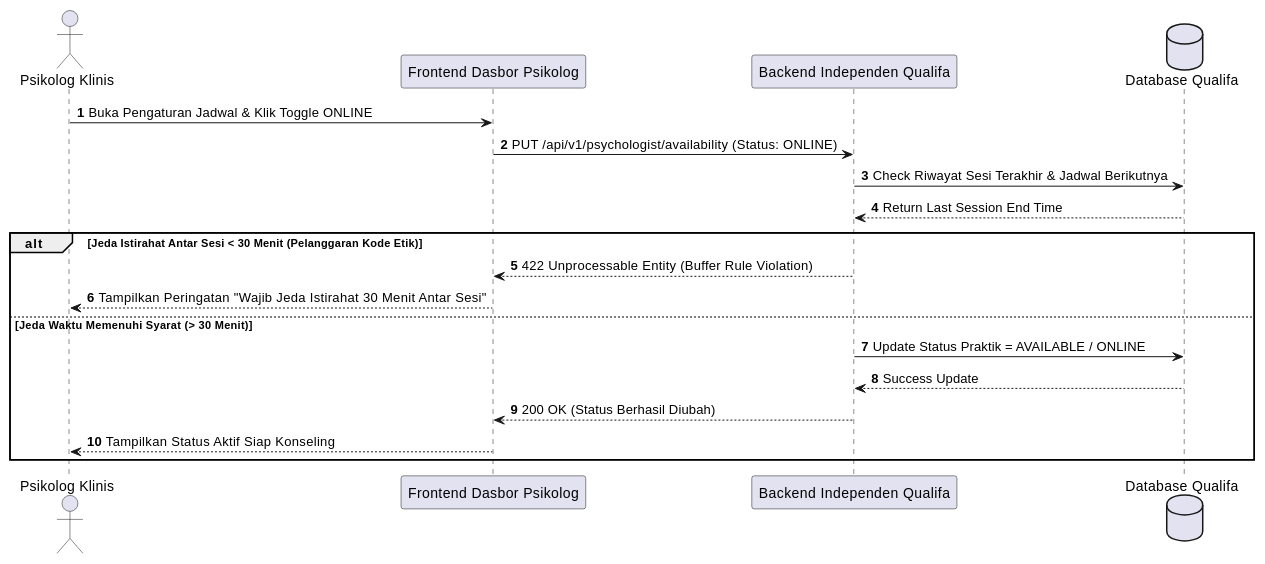
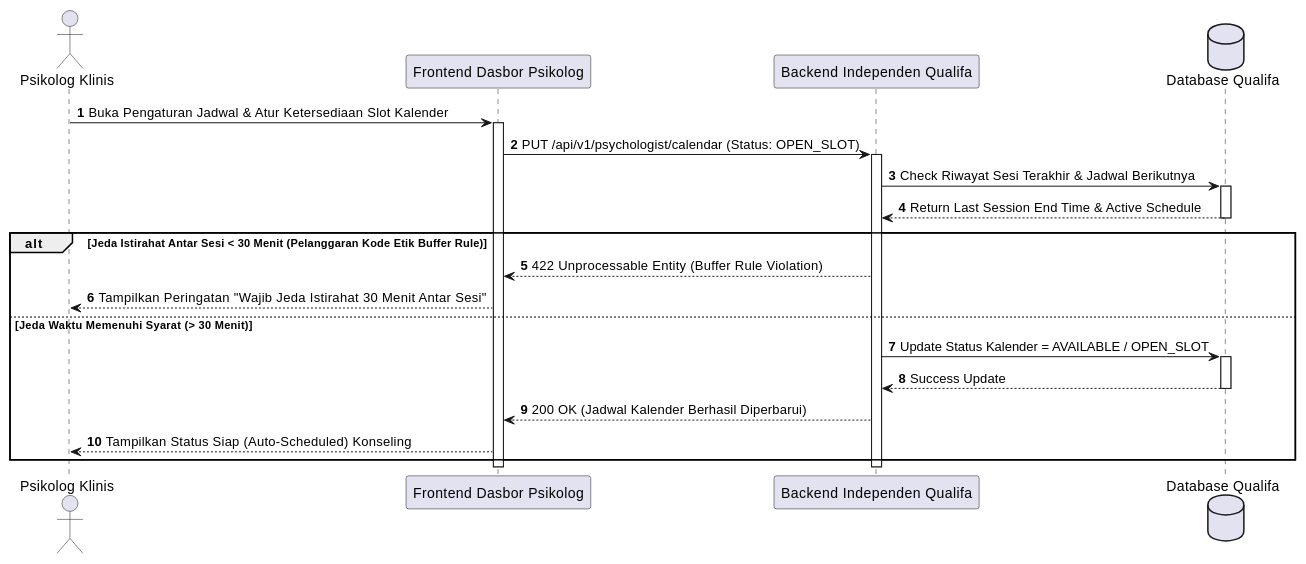
One commit to tupperwureism/SuperApp-Gagal changed diagram 19 of 27 in MarkDown/plantuml_sequence_diagrams.md. Above: the diagram before and after it, drawn with PlantUML. The commit also changed other lines of this file and 1 other file, not shown here.

Commit message:
docs(uml): enforce strict UML activation bars, API/DB return arrows, and alt security boundaries for SD Justifiqa & Qualifa

````diff
--- a/MarkDown/plantuml_sequence_diagrams.md
+++ b/MarkDown/plantuml_sequence_diagrams.md
@@ -515,25 +968,27 @@
 ```plantuml
 @startuml
 autonumber
 actor "Psikolog Klinis" as Mitra
 participant "Frontend Dasbor Psikolog" as FE
 participant "Backend Independen Qualifa" as BE
 database "Database Qualifa" as DB
 
-Mitra -> FE : Buka Pengaturan Jadwal & Klik Toggle ONLINE
-FE -> BE : PUT /api/v1/psychologist/availability (Status: ONLINE)
+Mitra -> FE ++ : Buka Pengaturan Jadwal & Atur Ketersediaan Slot Kalender
+FE -> BE ++ : PUT /api/v1/psychologist/calendar (Status: OPEN_SLOT)
 
-BE -> DB : Check Riwayat Sesi Terakhir & Jadwal Berikutnya
-DB --> BE : Return Last Session End Time
+BE -> DB ++ : Check Riwayat Sesi Terakhir & Jadwal Berikutnya
+DB --> BE -- : Return Last Session End Time & Active Schedule
 
-alt Jeda Istirahat Antar Sesi < 30 Menit (Pelanggaran Kode Etik)
+alt Jeda Istirahat Antar Sesi < 30 Menit (Pelanggaran Kode Etik Buffer Rule)
     BE --> FE : 422 Unprocessable Entity (Buffer Rule Violation)
     FE --> Mitra : Tampilkan Peringatan "Wajib Jeda Istirahat 30 Menit Antar Sesi"
 else Jeda Waktu Memenuhi Syarat (> 30 Menit)
-    BE -> DB : Update Status Praktik = AVAILABLE / ONLINE
-    DB --> BE : Success Update
-    BE --> FE : 200 OK (Status Berhasil Diubah)
-    FE --> Mitra : Tampilkan Status Aktif Siap Konseling
+    BE -> DB ++ : Update Status Kalender = AVAILABLE / OPEN_SLOT
+    DB --> BE -- : Success Update
+    BE --> FE : 200 OK (Jadwal Kalender Berhasil Diperbarui)
+    FE --> Mitra : Tampilkan Status Siap (Auto-Scheduled) Konseling
 end
+deactivate BE
+deactivate FE
 @enduml
 ```
````
